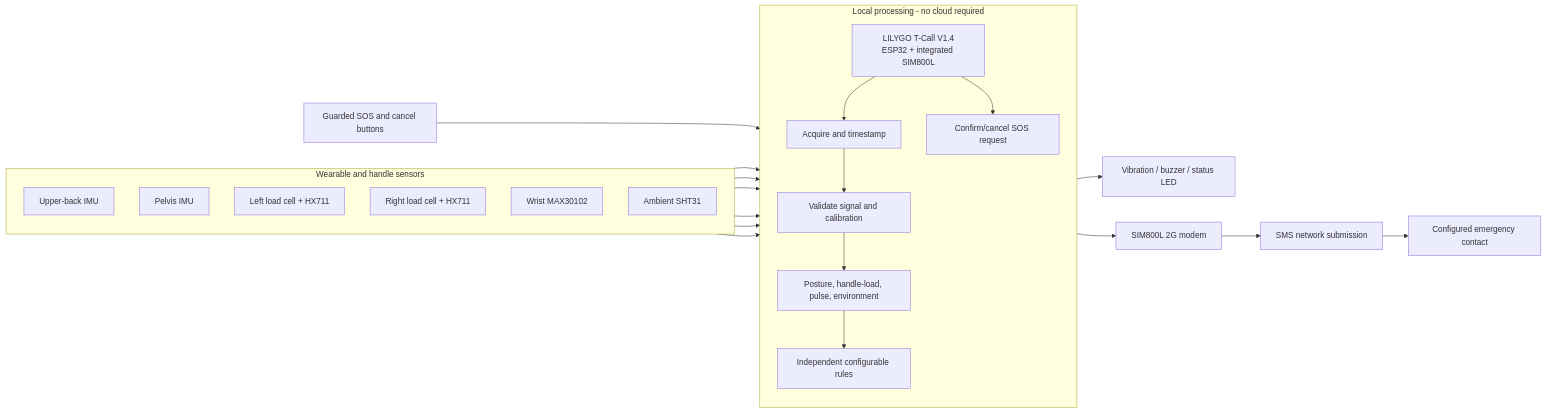
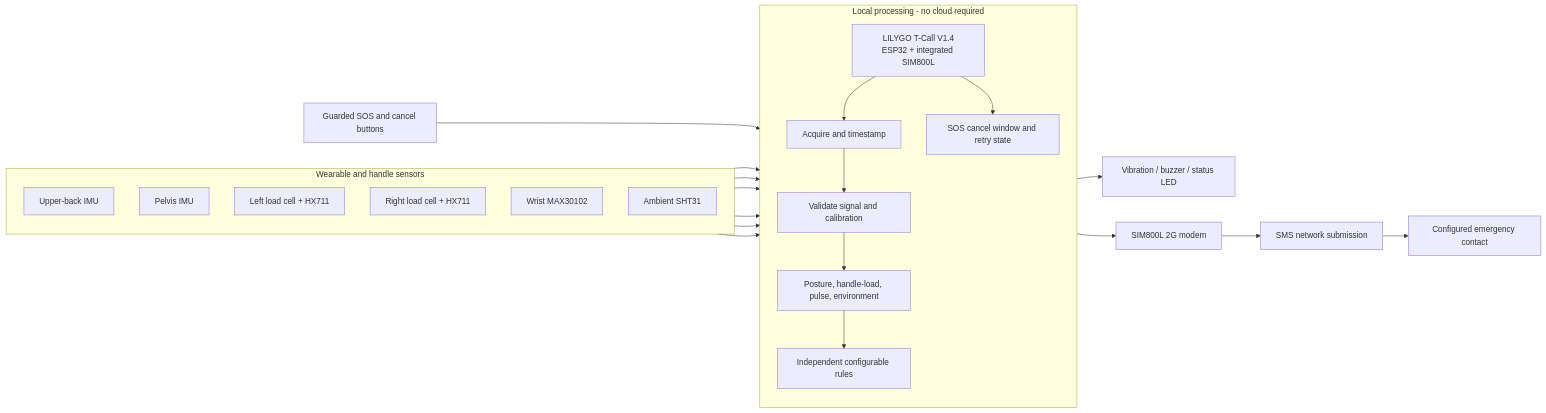
The first of 2 diagrams in README.md (tsypchallenge0-afk/amnora), drawn with Mermaid before and after one commit. The commit also changed other lines of this file and 7 other files, not shown here.

````diff
--- a/README.md
+++ b/README.md
@@ -33,36 +33,36 @@
 ```mermaid
 flowchart LR
   subgraph SENSORS[Wearable and handle sensors]
     direction TB
     U[Upper-back IMU]
     P[Pelvis IMU]
     L[Left load cell + HX711]
     R[Right load cell + HX711]
     H[Wrist MAX30102]
     E[Ambient SHT31]
   end
 
   subgraph LOCAL[Local processing - no cloud required]
     direction TB
     MCU[LILYGO T-Call V1.4<br/>ESP32 + integrated SIM800L]
     ACQ[Acquire and timestamp]
     Q[Validate signal and calibration]
     METRICS[Posture, handle-load, pulse, environment]
     RULES[Independent configurable rules]
-    SOS[Confirm/cancel SOS request]
+    SOS[SOS cancel window and retry state]
     MCU --> ACQ --> Q --> METRICS --> RULES
     MCU --> SOS
   end
 
   U --> ACQ
   P --> ACQ
   L --> ACQ
   R --> ACQ
   H --> ACQ
   E --> ACQ
   RULES --> FEEDBACK[Vibration / buzzer / status LED]
   BUTTONS[Guarded SOS and cancel buttons] --> SOS
   SOS --> GSM[SIM800L 2G modem]
   GSM --> SMS[SMS network submission]
   SMS --> CONTACT[Configured emergency contact]
 ```
````
